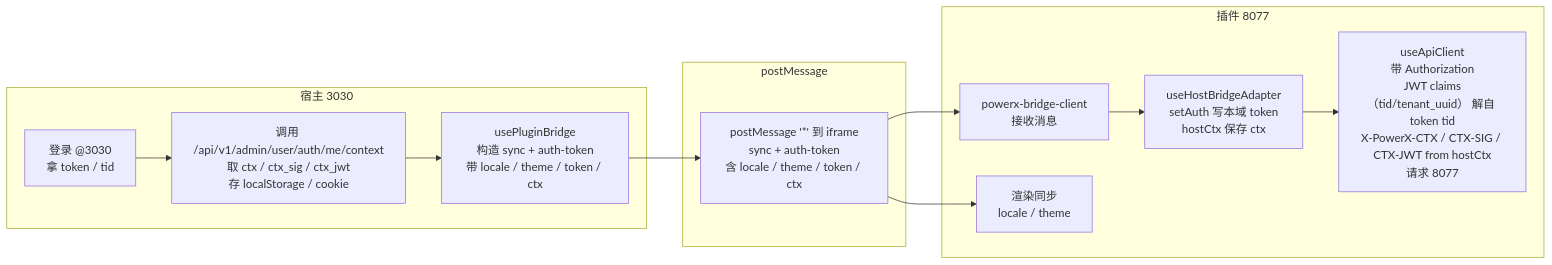
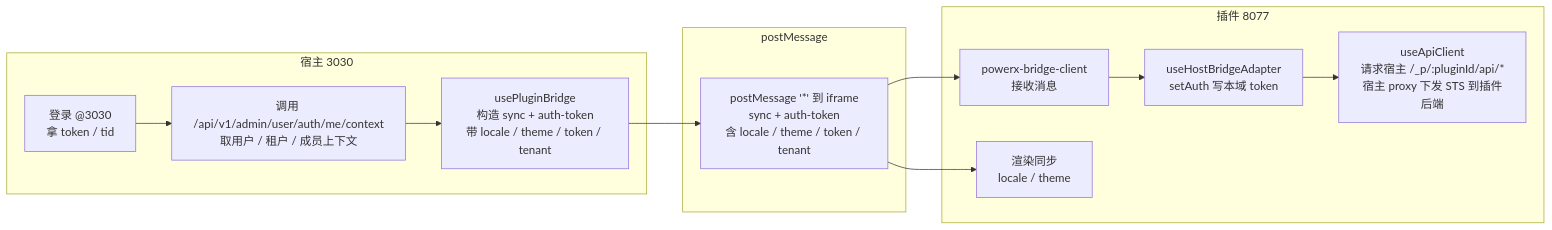
The diagram in docs/guides/plugin_release/application_runbook.md (ArtisanCloud/PowerX), drawn with Mermaid before and after one commit. The commit also changed other lines of this file and 47 other files, not shown here.

First line of the commit message:
本轮主要做了两件事：统一 token 机制文档，以及让 ws-bus 代码真的支持插件用 STS 调用。

````diff
--- a/docs/guides/plugin_release/application_runbook.md
+++ b/docs/guides/plugin_release/application_runbook.md
@@ -177,19 +179,19 @@
 ```mermaid
 flowchart LR
   subgraph Host[宿主 3030]
     H1[登录 @3030<br>拿 token / tid]
-    H2[调用 /api/v1/admin/user/auth/me/context<br>取 ctx / ctx_sig / ctx_jwt<br>存 localStorage / cookie]
-    H3[usePluginBridge<br>构造 sync + auth-token<br>带 locale / theme / token / ctx]
+    H2[调用 /api/v1/admin/user/auth/me/context<br>取用户 / 租户 / 成员上下文]
+    H3[usePluginBridge<br>构造 sync + auth-token<br>带 locale / theme / token / tenant]
   end
   subgraph Bridge[postMessage]
-    M[postMessage '*' 到 iframe<br>sync + auth-token<br>含 locale / theme / token / ctx]
+    M[postMessage '*' 到 iframe<br>sync + auth-token<br>含 locale / theme / token / tenant]
   end
   subgraph Plugin[插件 8077]
     P1[powerx-bridge-client<br>接收消息]
-    P2[useHostBridgeAdapter<br>setAuth 写本域 token<br>hostCtx 保存 ctx]
-    P3[useApiClient<br>带 Authorization<br>JWT claims（tid/tenant_uuid） 解自 token tid<br>X-PowerX-CTX / CTX-SIG / CTX-JWT from hostCtx<br>请求 8077]
+    P2[useHostBridgeAdapter<br>setAuth 写本域 token]
+    P3[useApiClient<br>请求宿主 /_p/:pluginId/api/*<br>宿主 proxy 下发 STS 到插件后端]
     P4[渲染同步<br>locale / theme]
   end
   H1 --> H2 --> H3 --> M --> P1 --> P2 --> P3
   M --> P4
 ```
````
